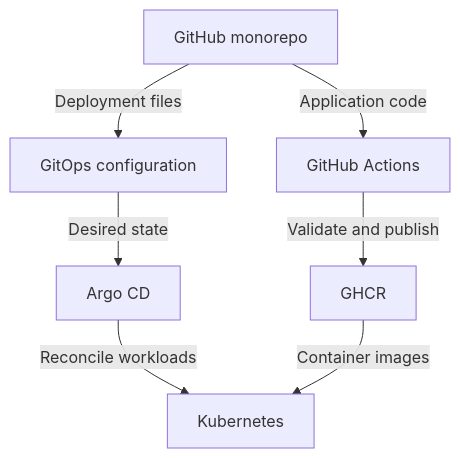
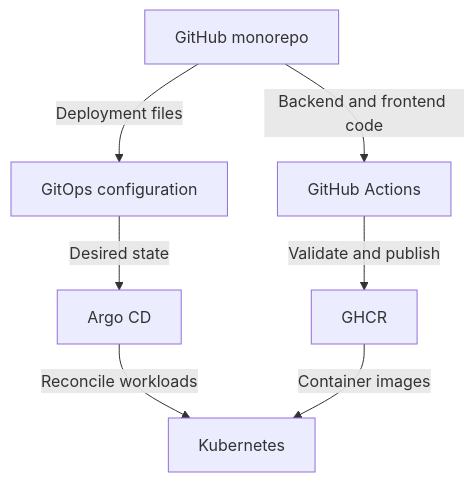
The third of 5 diagrams in docs/architecture/overview.md (jddemonteverde/One-Serious-Project), drawn with Mermaid before and after one commit. The commit also changed other lines of this file and 5 other files, not shown here.

````diff
--- a/docs/architecture/overview.md
+++ b/docs/architecture/overview.md
@@ -79,9 +92,9 @@
 ```mermaid
 flowchart TD
-  repository["GitHub monorepo"] -->|Application code| actions["GitHub Actions"]
+  repository["GitHub monorepo"] -->|Backend and frontend code| actions["GitHub Actions"]
   actions -->|Validate and publish| registry["GHCR"]
   repository -->|Deployment files| gitops["GitOps configuration"]
   gitops -->|Desired state| argocd["Argo CD"]
   argocd -->|Reconcile workloads| kubernetes["Kubernetes"]
   registry -->|Container images| kubernetes
 ```
````
